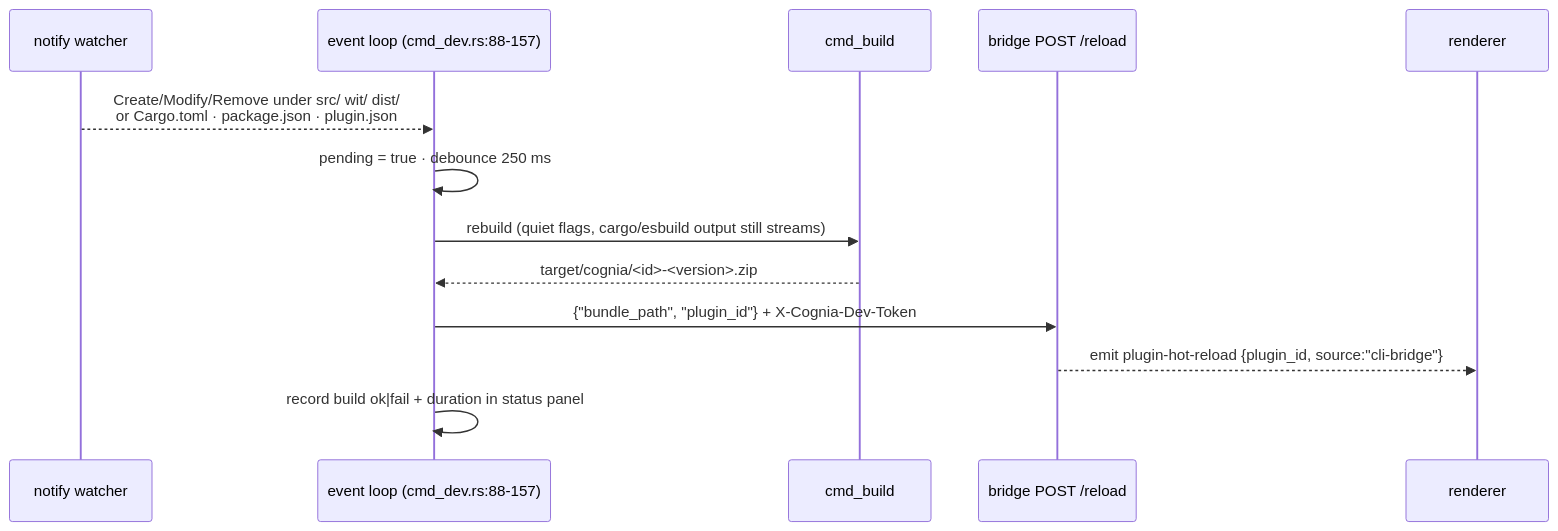
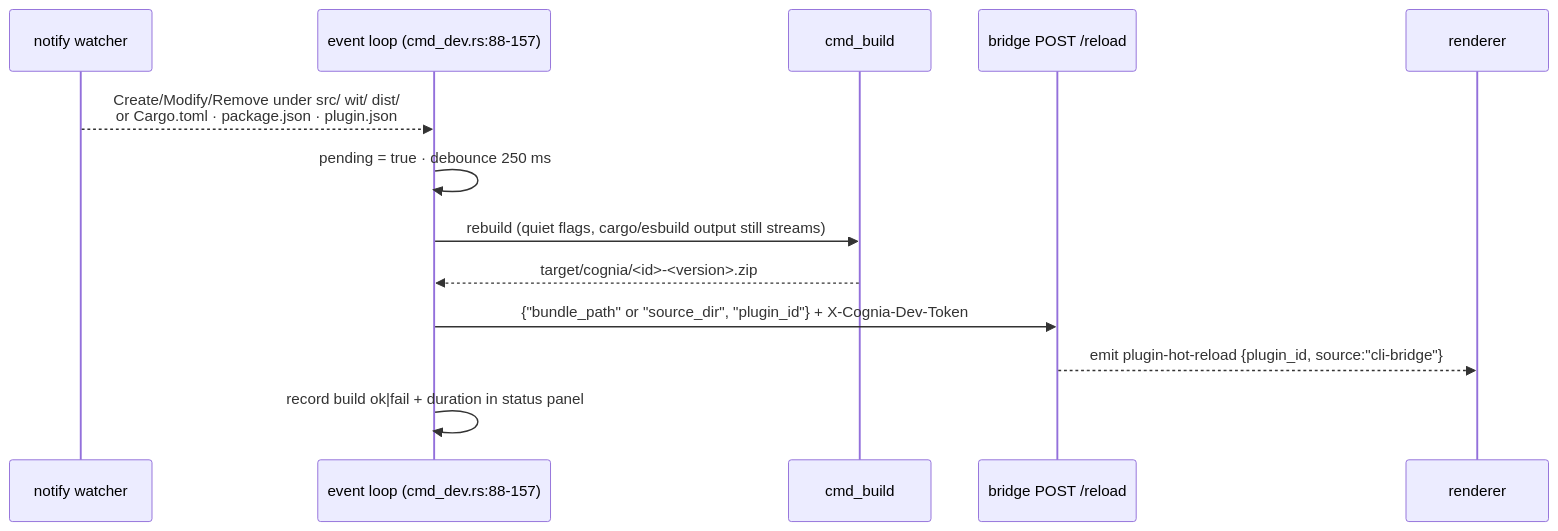
One commit to MaxQian888/cognia-next changed the diagram in docs/content/docs/en/subsystems/cognia-cli/bridge-client.mdx. Above: the diagram before and after it, drawn with Mermaid. The commit also changed other lines of this file and 17 other files, not shown here.

````diff
--- a/docs/content/docs/en/subsystems/cognia-cli/bridge-client.mdx
+++ b/docs/content/docs/en/subsystems/cognia-cli/bridge-client.mdx
@@ -107,16 +171,16 @@
 ```mermaid
 sequenceDiagram
   participant FS as notify watcher
   participant L as event loop (cmd_dev.rs:88-157)
   participant B as cmd_build
   participant X as bridge POST /reload
   participant R as renderer
 
   FS-->>L: Create/Modify/Remove under src/ wit/ dist/<br/>or Cargo.toml · package.json · plugin.json
   L->>L: pending = true · debounce 250 ms
   L->>B: rebuild (quiet flags, cargo/esbuild output still streams)
   B-->>L: target/cognia/<id>-<version>.zip
-  L->>X: {"bundle_path", "plugin_id"} + X-Cognia-Dev-Token
+  L->>X: {"bundle_path" or "source_dir", "plugin_id"} + X-Cognia-Dev-Token
   X-->>R: emit plugin-hot-reload {plugin_id, source:"cli-bridge"}
   L->>L: record build ok|fail + duration in status panel
 ```
````
